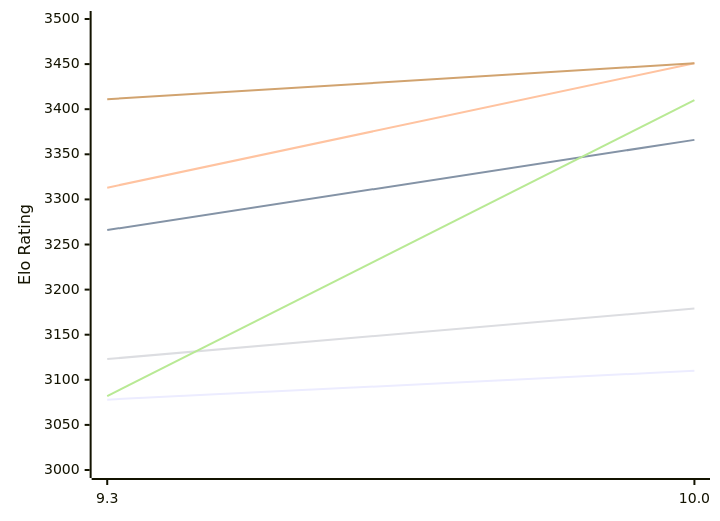
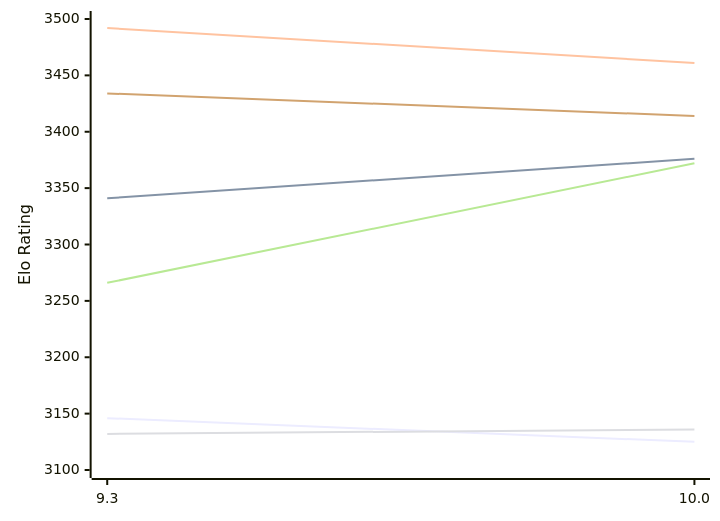
One commit to computer-chess-index/cci changed the first of 2 diagrams in engines/Fire.md. Above: the diagram before and after it, drawn with Mermaid. The commit also changed other lines of this file, not shown here.

Commit message:
Update CCI Ratings (ELO VLTC) - 2026-11-14

````diff
--- a/engines/Fire.md
+++ b/engines/Fire.md
@@ -50,12 +50,12 @@
 ```mermaid
 %%{init: {"theme":"base","themeVariables":{"seriesColors:['#a3a3a3','#222221','#faa371']}}}%%
 xychart-beta
   x-axis ["9.3", "10.0"]
-  y-axis "Elo Rating" 3000 --> 3500
-  line "E1: STC (8.0+0.08s)" [3078, 3110]
-  line "E1: LTC (60.0+0.60s)" [3266, 3366]
-  line "E1: VLTC (2m24s+1.12s)" [3313, 3451]
-  line "P1: STC (8.0+0.08s)" [3123, 3179]
-  line "P1: LTC (60.0+0.60s)" [3082, 3410]
-  line "P1: VLTC (2m24s+1.12s)" [3411, 3451]
+  y-axis "Elo Rating" 3100 --> 3500
+  line "E1: STC (8.0+0.08s)" [3146, 3125]
+  line "E1: LTC (60.0+0.60s)" [3341, 3376]
+  line "E1: VLTC (2m24s+1.12s)" [3492, 3461]
+  line "P1: STC (8.0+0.08s)" [3132, 3136]
+  line "P1: LTC (60.0+0.60s)" [3266, 3372]
+  line "P1: VLTC (2m24s+1.12s)" [3434, 3414]
 ```
````
